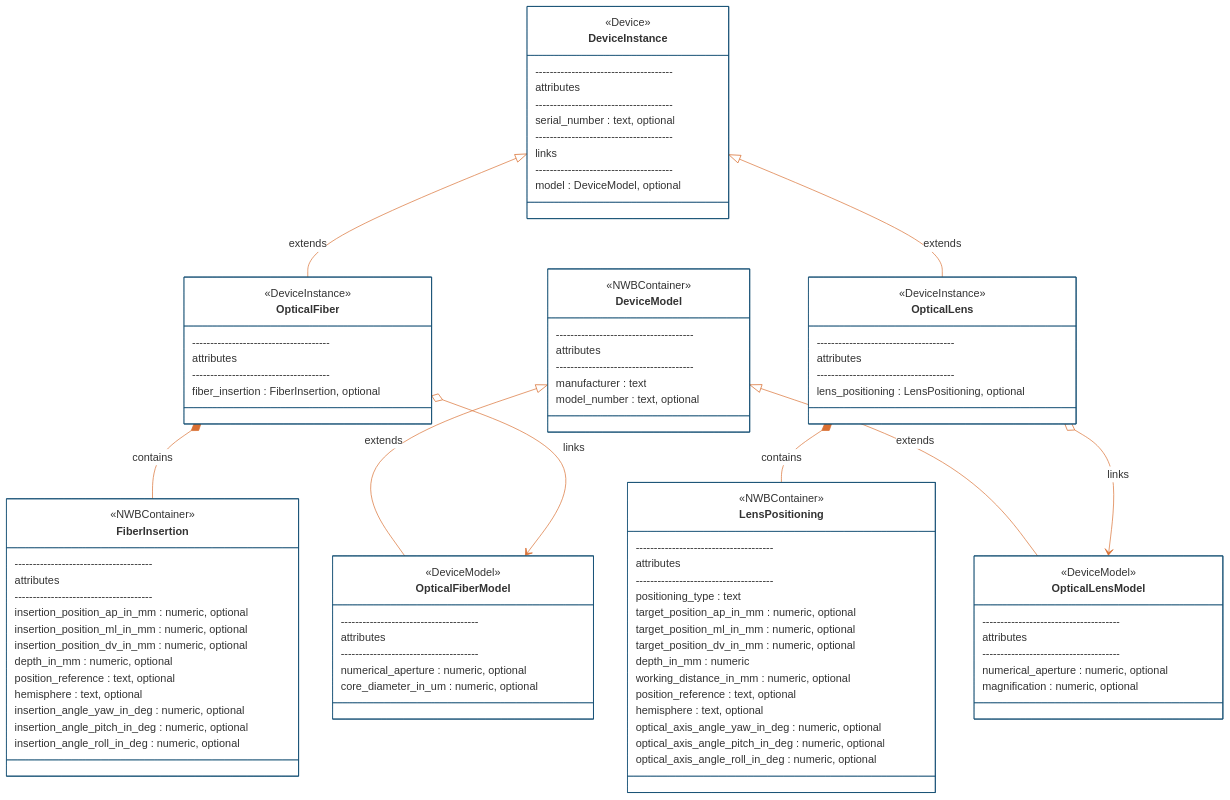
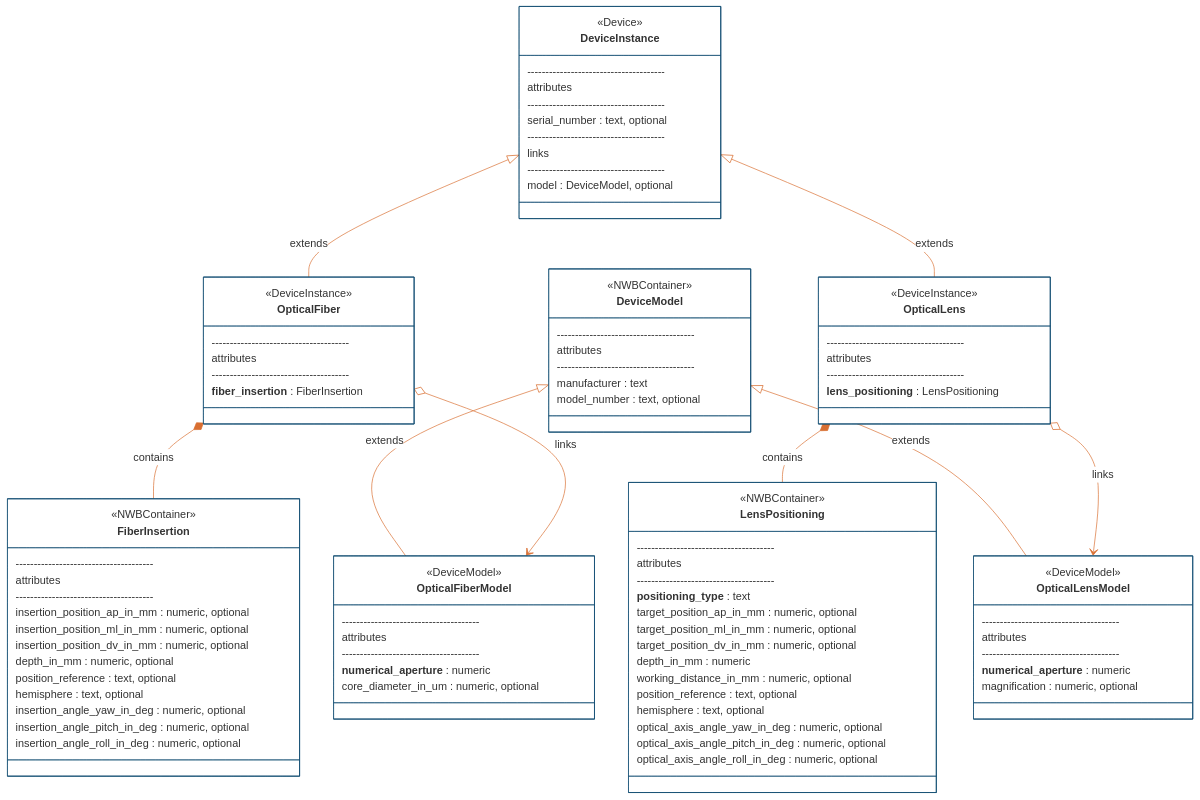
The third of 4 diagrams in README.md (catalystneuro/ndx-ophys-devices), drawn with Mermaid before and after one commit. The commit also changed other lines of this file and 2 other files, not shown here.

Commit message:
Enhance documentation by marking attributes as optional in README and YAML files

```diff
--- a/README.md
+++ b/README.md
@@ -450,7 +450,7 @@
         --------------------------------------
         attributes
         --------------------------------------
-        numerical_aperture : numeric, optional
+        **numerical_aperture** : numeric
         core_diameter_in_um : numeric, optional
     }
     
@@ -459,7 +459,7 @@
         --------------------------------------
         attributes
         --------------------------------------
-        fiber_insertion : FiberInsertion, optional
+        **fiber_insertion** : FiberInsertion
     }
     
     class LensPositioning{
@@ -467,7 +467,7 @@
         --------------------------------------
         attributes
         --------------------------------------
-        positioning_type : text
+        **positioning_type** : text
         target_position_ap_in_mm : numeric, optional
         target_position_ml_in_mm : numeric, optional
         target_position_dv_in_mm : numeric, optional
@@ -485,7 +485,7 @@
         --------------------------------------
         attributes
         --------------------------------------
-        numerical_aperture : numeric, optional
+        **numerical_aperture** : numeric
         magnification : numeric, optional
     }
     
@@ -494,7 +494,7 @@
         --------------------------------------
         attributes
         --------------------------------------
-        lens_positioning : LensPositioning, optional
+        **lens_positioning** : LensPositioning
     }
 
     DeviceModel <|-- OpticalFiberModel : extends
```
